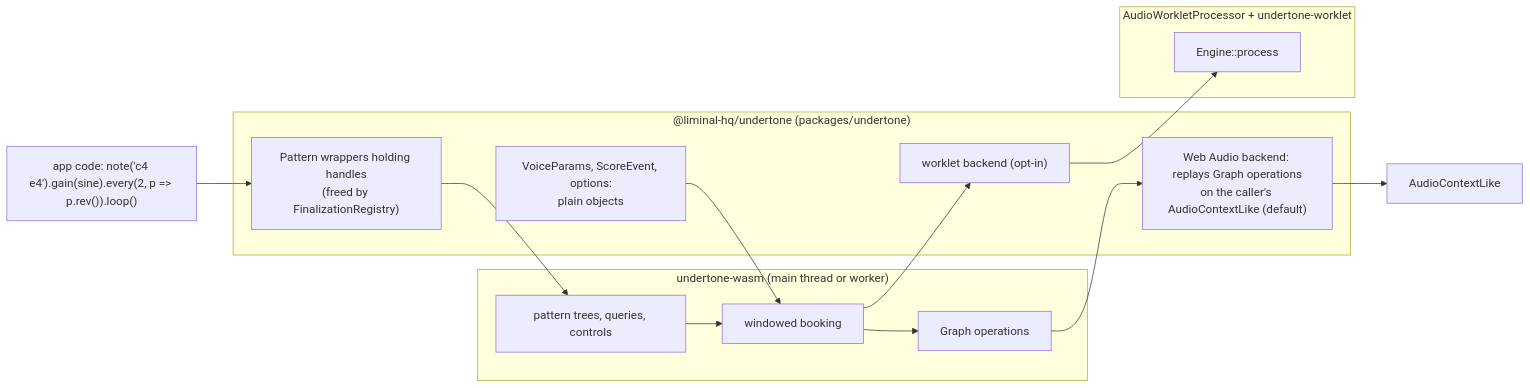
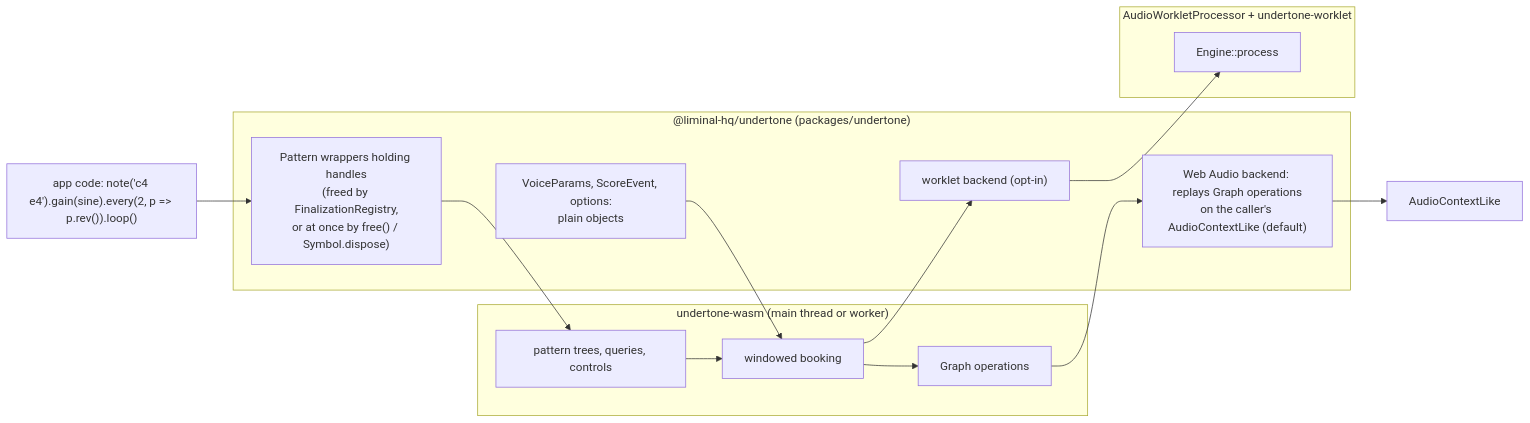
Before and after one commit to liminal-hq/undertone: the second of 2 diagrams in docs/rust-migration/ARCHITECTURE.md, drawn with Mermaid. The commit also changed 3 other files, not shown here.

````diff
--- a/docs/rust-migration/ARCHITECTURE.md
+++ b/docs/rust-migration/ARCHITECTURE.md
@@ -95,21 +95,21 @@
 ```mermaid
 flowchart LR
 	App["app code: note('c4 e4').gain(sine).every(2, p => p.rev()).loop()"]
 	subgraph Bridge["@liminal-hq/undertone (packages/undertone)"]
-		Wr["Pattern wrappers holding handles\n(freed by FinalizationRegistry)"]
+		Wr["Pattern wrappers holding handles\n(freed by FinalizationRegistry,\nor at once by free() / Symbol.dispose)"]
 		Da["VoiceParams, ScoreEvent, options:\nplain objects"]
 		WA["Web Audio backend: replays Graph operations\non the caller's AudioContextLike (default)"]
 		WK["worklet backend (opt-in)"]
 	end
 	subgraph Ctl["undertone-wasm (main thread or worker)"]
 		Q["pattern trees, queries, controls"]
 		B["windowed booking"]
 		O["Graph operations"]
 	end
 	subgraph Wk["AudioWorkletProcessor + undertone-worklet"]
 		En["Engine::process"]
 	end
 	App --> Wr --> Q --> B --> O --> WA --> Ctx["AudioContextLike"]
 	Da --> B
 	B --> WK --> En
 ```
````
